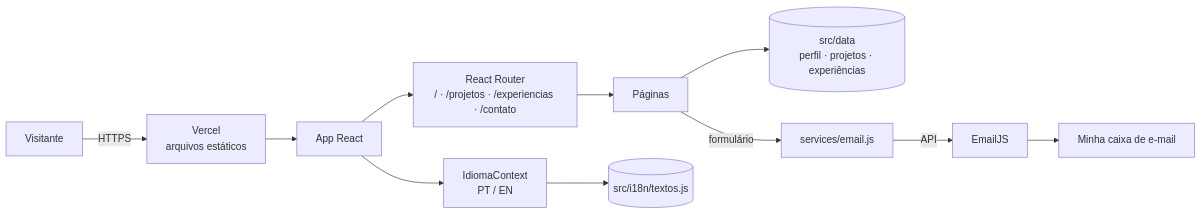
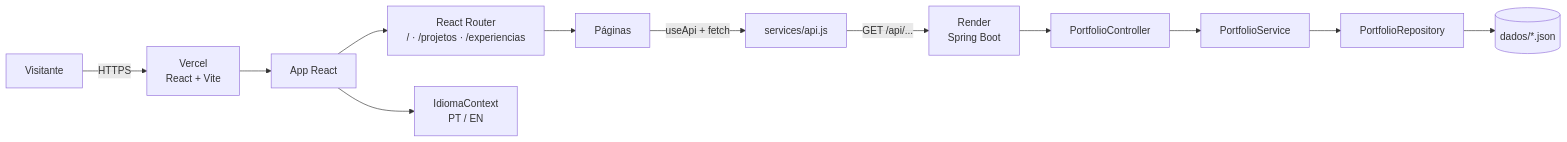
The diagram in TRABALHO/TRABALHO PRÁTICO 1/README.md (LucasSilvaBorges02/diaw), drawn with Mermaid before and after one commit. The commit also changed other lines of this file and 37 other files, not shown here.

Commit message:
back-end em spring boot e front puxando os dados da api

````diff
--- a/TRABALHO/TRABALHO PRÁTICO 1/README.md
+++ b/TRABALHO/TRABALHO PRÁTICO 1/README.md
@@ -153,12 +172,14 @@
 ```mermaid
 flowchart LR
-    V[Visitante] -->|HTTPS| VC[Vercel<br/>arquivos estáticos]
+    V[Visitante] -->|HTTPS| VC[Vercel<br/>React + Vite]
     VC --> APP[App React]
-    APP --> R[React Router<br/>/ · /projetos · /experiencias · /contato]
+    APP --> R[React Router<br/>/ · /projetos · /experiencias]
     APP --> I[IdiomaContext<br/>PT / EN]
     R --> P[Páginas]
-    P --> D[(src/data<br/>perfil · projetos · experiências)]
-    I --> T[(src/i18n/textos.js)]
-    P -->|formulário| S[services/email.js]
-    S -->|API| E[EmailJS] --> M[Minha caixa de e-mail]
+    P -->|useApi + fetch| S[services/api.js]
+    S -->|GET /api/...| API[Render<br/>Spring Boot]
+    API --> C[PortfolioController]
+    C --> SV[PortfolioService]
+    SV --> RP[PortfolioRepository]
+    RP --> J[(dados/*.json)]
 ```
````
